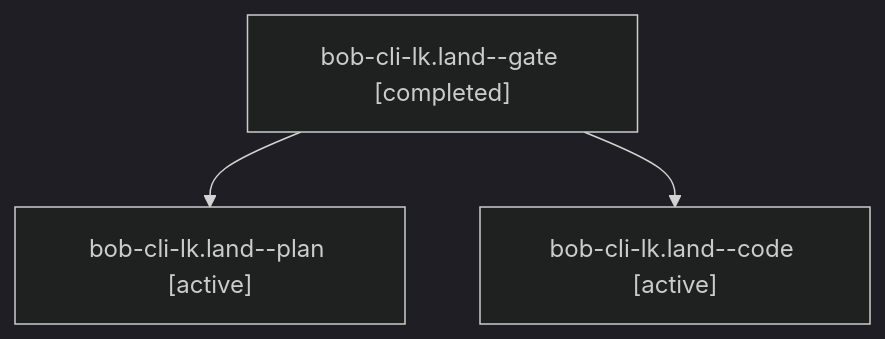
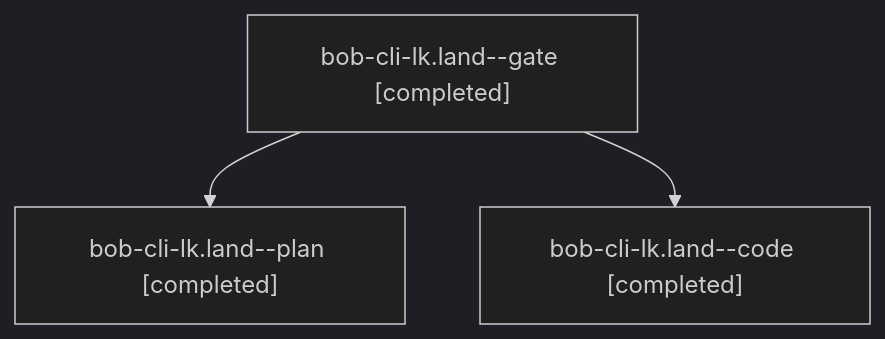
Before and after one commit to bobs-org/bob-cli--agents: the diagram in sessions/bbugyi200.apollo.bob-cli-lk.land.md, drawn with Mermaid (dark theme). The commit also changed other lines of this file and 41 other files, not shown here.

````diff
--- a/sessions/bbugyi200.apollo.bob-cli-lk.land.md
+++ b/sessions/bbugyi200.apollo.bob-cli-lk.land.md
@@ -9,8 +9,8 @@
 ```mermaid
 flowchart TD
   n0["bob-cli-lk.land--gate [completed]"]
-  n1["bob-cli-lk.land--plan [active]"]
+  n1["bob-cli-lk.land--plan [completed]"]
   n0 --> n1
-  n2["bob-cli-lk.land--code [active]"]
+  n2["bob-cli-lk.land--code [completed]"]
   n0 --> n2
 ```
````
